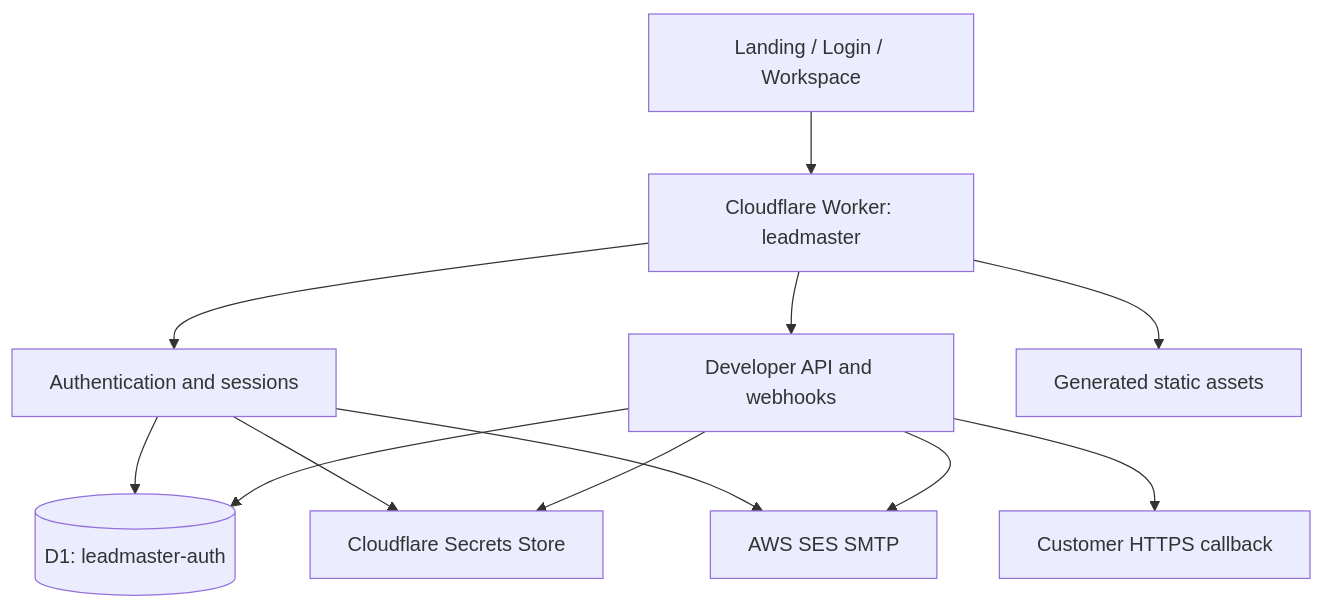
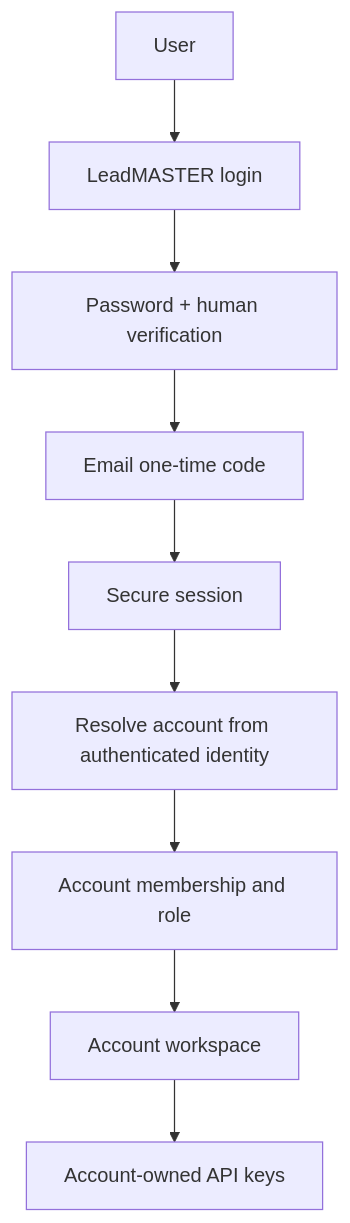
One commit to DevJel/LeadMASTER changed the first of 3 diagrams in HANDOVER.md. Above: the diagram before and after it, drawn with Mermaid. The commit also changed other lines of this file, not shown here.

Commit message:
Replace handover with account isolation, agent policy and full engineering release gates

````diff
--- a/HANDOVER.md
+++ b/HANDOVER.md
@@ -14,14 +123,11 @@
 ```mermaid
 flowchart TD
- Browser[Landing / Login / Workspace] --> Worker[Cloudflare Worker: leadmaster]
- Worker --> Auth[Authentication and sessions]
- Worker --> API[Developer API and webhooks]
- Worker --> Assets[Generated static assets]
- Auth --> D1[(D1: leadmaster-auth)]
- API --> D1
- Auth --> Secrets[Cloudflare Secrets Store]
- API --> Secrets
- Auth --> SES[AWS SES SMTP]
- API --> SES
- API --> Callback[Customer HTTPS callback]
+  U[User] --> UI[LeadMASTER login]
+  UI --> V[Password + human verification]
+  V --> OTP[Email one-time code]
+  OTP --> S[Secure session]
+  S --> AC[Resolve account from authenticated identity]
+  AC --> M[Account membership and role]
+  M --> W[Account workspace]
+  W --> K[Account-owned API keys]
 ```
````
